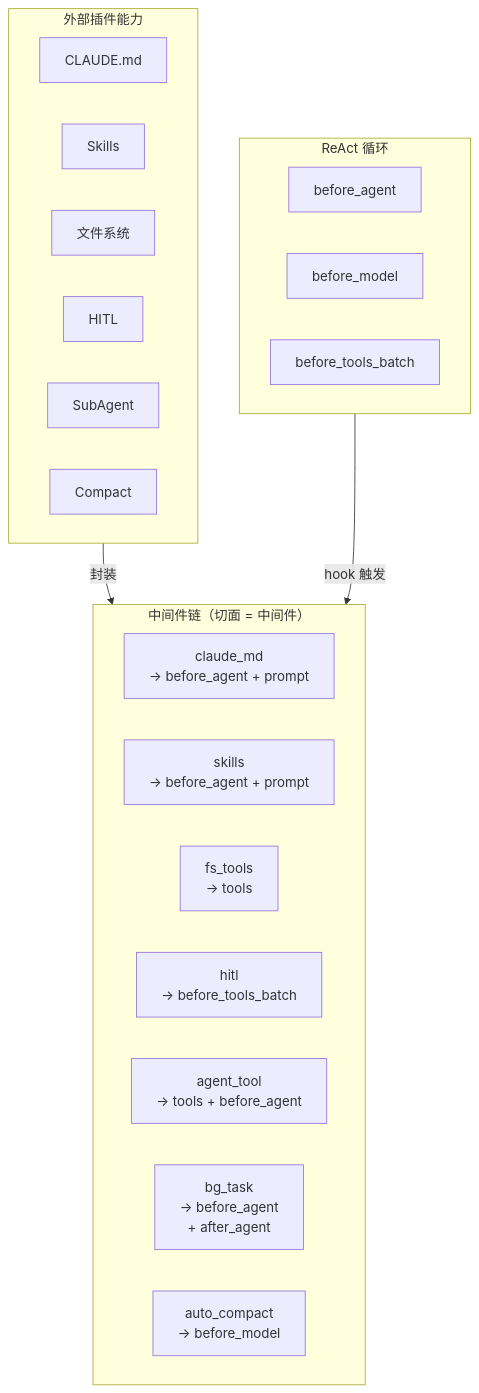
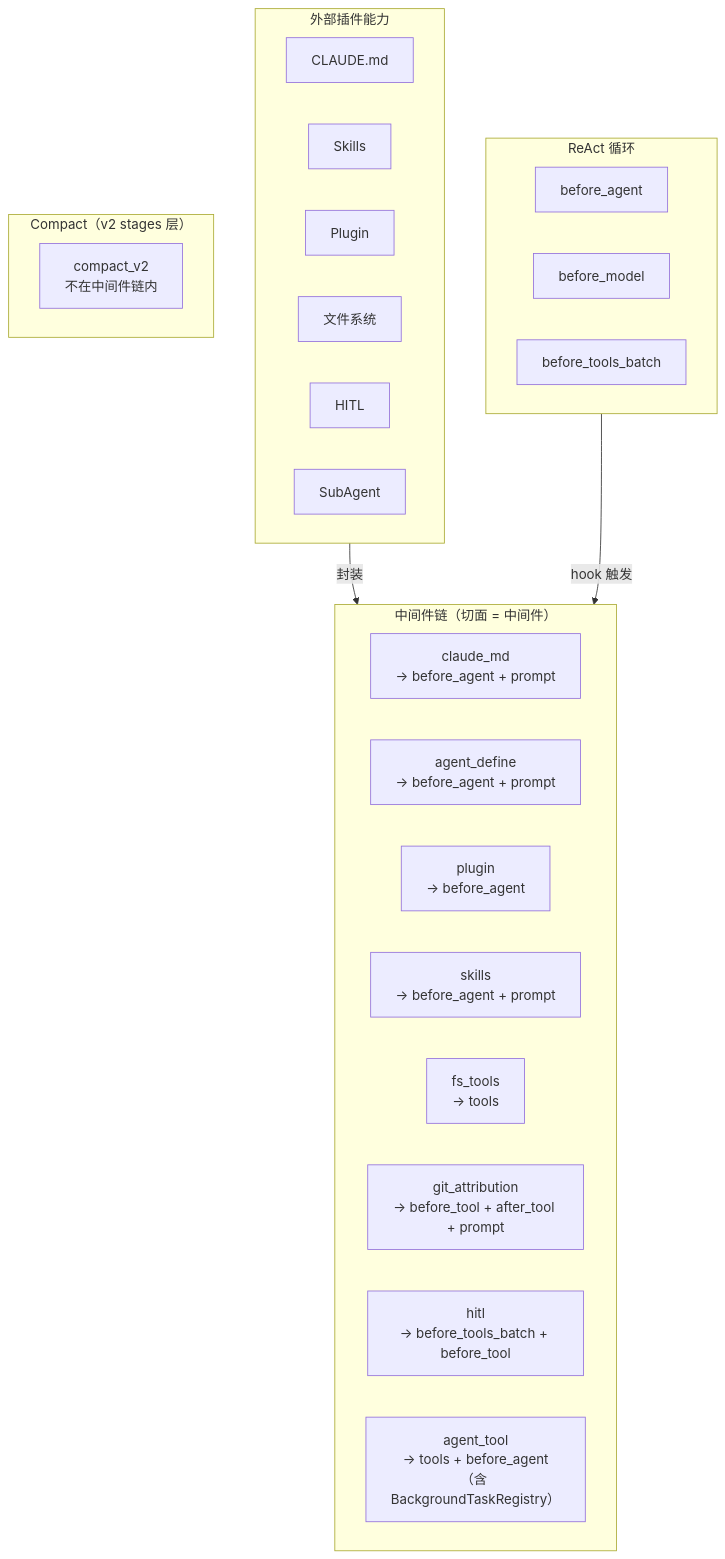
The diagram in docs/design/peri-agent-middleware-v2.md (KonghaYao/peri), drawn with Mermaid before and after one commit. The commit also changed other lines of this file and 22 other files, not shown here.

````diff
--- a/docs/design/peri-agent-middleware-v2.md
+++ b/docs/design/peri-agent-middleware-v2.md
@@ -17,31 +17,36 @@
 ```mermaid
 graph TB
     subgraph PLUGIN["外部插件能力"]
         P1["CLAUDE.md"]
         P2["Skills"]
-        P3["文件系统"]
-        P4["HITL"]
-        P5["SubAgent"]
-        P6["Compact"]
+        P3["Plugin"]
+        P4["文件系统"]
+        P5["HITL"]
+        P6["SubAgent"]
     end
 
     subgraph CHAIN["中间件链（切面 = 中间件）"]
         direction LR
         C1["claude_md<br/>→ before_agent + prompt"]
+        C1b["agent_define<br/>→ before_agent + prompt"]
+        C1c["plugin<br/>→ before_agent"]
         C2["skills<br/>→ before_agent + prompt"]
         C3["fs_tools<br/>→ tools"]
-        C4["hitl<br/>→ before_tools_batch"]
-        C5["agent_tool<br/>→ tools + before_agent"]
-        C6["bg_task<br/>→ before_agent<br/>+ after_agent"]
-        C7["auto_compact<br/>→ before_model"]
+        C3b["git_attribution<br/>→ before_tool + after_tool + prompt"]
+        C4["hitl<br/>→ before_tools_batch + before_tool"]
+        C5["agent_tool<br/>→ tools + before_agent<br/>（含 BackgroundTaskRegistry）"]
     end
 
     subgraph REACT["ReAct 循环"]
         H1["before_agent"]
         H2["before_model"]
         H3["before_tools_batch"]
     end
 
+    subgraph COMPACT["Compact（v2 stages 层）"]
+        H4["compact_v2<br/>不在中间件链内"]
+    end
+
     PLUGIN -->|"封装"| CHAIN
     REACT -->|"hook 触发"| CHAIN
 ```
````
